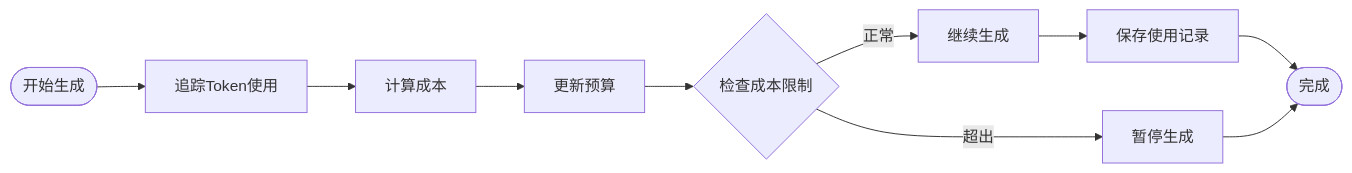
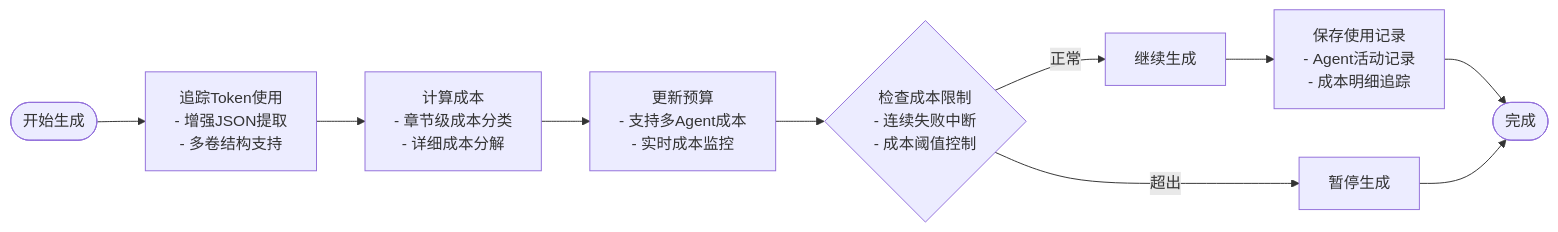
Before and after one commit to xfbyxq/ai-novel-system: the tenth of 10 diagrams in .qoder/repowiki/zh/content/Generation Service.md, drawn with Mermaid. The commit also changed other lines of this file and 4 other files, not shown here.

````diff
--- a/.qoder/repowiki/zh/content/Generation Service.md
+++ b/.qoder/repowiki/zh/content/Generation Service.md
@@ -363,12 +471,12 @@
 ```mermaid
 flowchart LR
-Start([开始生成]) --> TrackTokens["追踪Token使用"]
-TrackTokens --> CalculateCost["计算成本"]
-CalculateCost --> UpdateBudget["更新预算"]
-UpdateBudget --> CheckLimit{"检查成本限制"}
+Start([开始生成]) --> TrackTokens["追踪Token使用<br/>- 增强JSON提取<br/>- 多卷结构支持"]
+TrackTokens --> CalculateCost["计算成本<br/>- 章节级成本分类<br/>- 详细成本分解"]
+CalculateCost --> UpdateBudget["更新预算<br/>- 支持多Agent成本<br/>- 实时成本监控"]
+UpdateBudget --> CheckLimit{"检查成本限制<br/>- 连续失败中断<br/>- 成本阈值控制"}
 CheckLimit --> |超出| Pause["暂停生成"]
 CheckLimit --> |正常| Continue["继续生成"]
-Continue --> SaveRecord["保存使用记录"]
+Continue --> SaveRecord["保存使用记录<br/>- Agent活动记录<br/>- 成本明细追踪"]
 SaveRecord --> End([完成])
 Pause --> End
 ```
````
